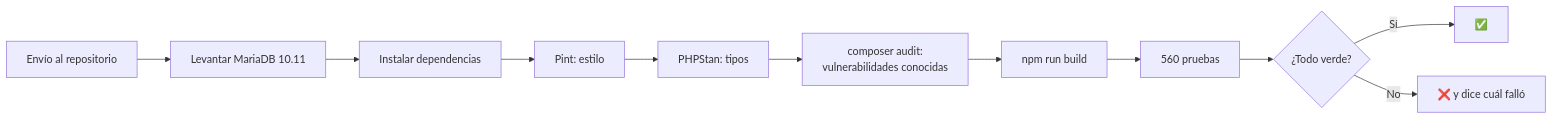
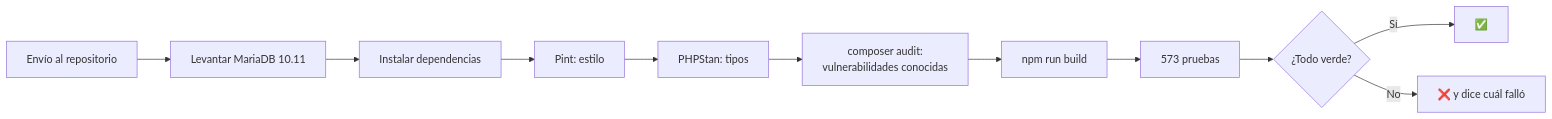
One commit to 75220834-cloud/PROYECTO-TALLER-DE-INV.-1 changed the second of 2 diagrams in docs/tecnica/12-pruebas-y-calidad.md. Above: the diagram before and after it, drawn with Mermaid. The commit also changed other lines of this file and 22 other files, not shown here.

````diff
--- a/docs/tecnica/12-pruebas-y-calidad.md
+++ b/docs/tecnica/12-pruebas-y-calidad.md
@@ -223,13 +224,13 @@
 ```mermaid
 flowchart LR
     A[Envío al repositorio] --> B[Levantar MariaDB 10.11]
     B --> C[Instalar dependencias]
     C --> D[Pint: estilo]
     D --> E[PHPStan: tipos]
     E --> F[composer audit:<br/>vulnerabilidades conocidas]
     F --> G[npm run build]
-    G --> H[560 pruebas]
+    G --> H[573 pruebas]
     H --> I{¿Todo verde?}
     I -->|Sí| J[✅]
     I -->|No| K[❌ y dice cuál falló]
 ```
````
